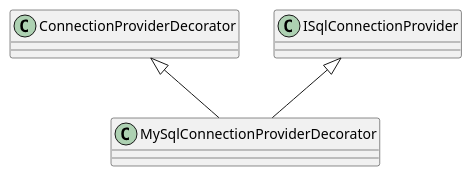
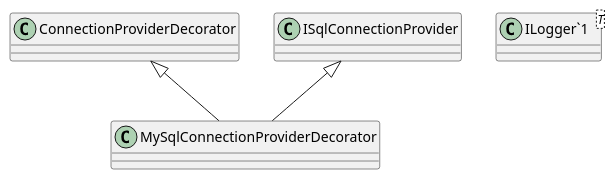
The diagram in plantuml/src/Product/ProperNutritionDiary.Product.Persistence/Connection/MySqlConnectionProviderDecorator.puml (nikita-mlygin/ProperNutritionDiary), drawn with PlantUML before and after one commit. The commit also changed 166 other files, not shown here.

```diff
--- a/plantuml/src/Product/ProperNutritionDiary.Product.Persistence/Connection/MySqlConnectionProviderDecorator.puml
+++ b/plantuml/src/Product/ProperNutritionDiary.Product.Persistence/Connection/MySqlConnectionProviderDecorator.puml
@@ -1,6 +1,8 @@
 @startuml
 class MySqlConnectionProviderDecorator {
+}
+class "ILogger`1"<T> {
 }
 ConnectionProviderDecorator <|-- MySqlConnectionProviderDecorator
 ISqlConnectionProvider <|-- MySqlConnectionProviderDecorator
 @enduml
```
